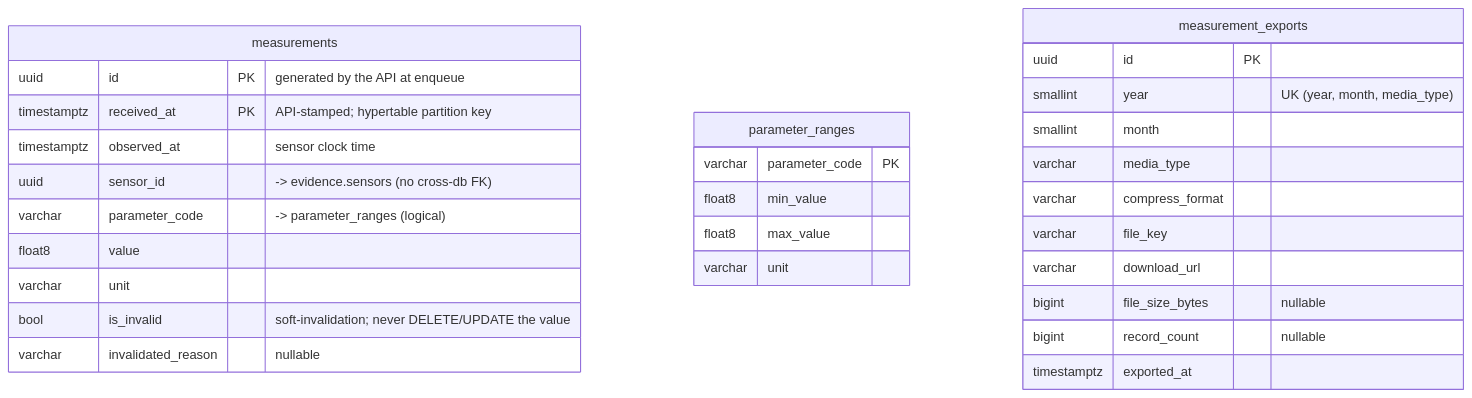
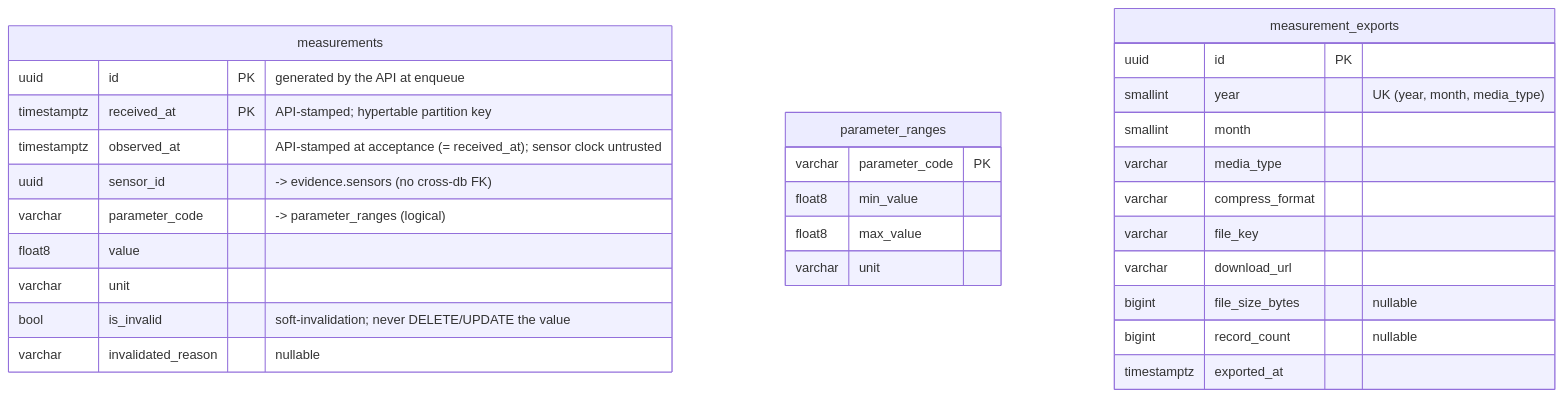
The sixth of 6 diagrams in docs/er/README.md (ambiquality/ambiquality-backend), drawn with Mermaid before and after one commit. The commit also changed 10 other files, not shown here.

First line of the commit message:
fix(ingestion): stamp observedAt server-side instead of trusting the sensor

````diff
--- a/docs/er/README.md
+++ b/docs/er/README.md
@@ -221,32 +221,32 @@
 ```mermaid
 erDiagram
     measurements {
         uuid id PK "generated by the API at enqueue"
         timestamptz received_at PK "API-stamped; hypertable partition key"
-        timestamptz observed_at "sensor clock time"
+        timestamptz observed_at "API-stamped at acceptance (= received_at); sensor clock untrusted"
         uuid sensor_id "-> evidence.sensors (no cross-db FK)"
         varchar parameter_code "-> parameter_ranges (logical)"
         float8 value
         varchar unit
         bool is_invalid "soft-invalidation; never DELETE/UPDATE the value"
         varchar invalidated_reason "nullable"
     }
     parameter_ranges {
         varchar parameter_code PK
         float8 min_value
         float8 max_value
         varchar unit
     }
     measurement_exports {
         uuid id PK
         smallint year "UK (year, month, media_type)"
         smallint month
         varchar media_type
         varchar compress_format
         varchar file_key
         varchar download_url
         bigint file_size_bytes "nullable"
         bigint record_count "nullable"
         timestamptz exported_at
     }
 ```
````
